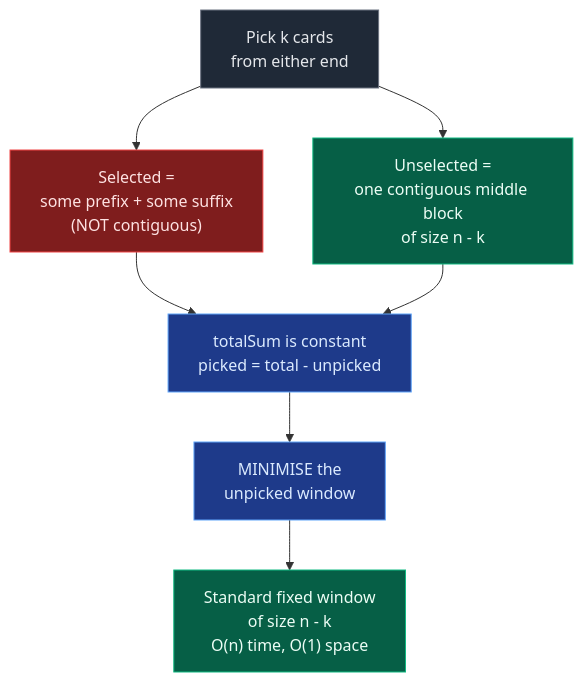
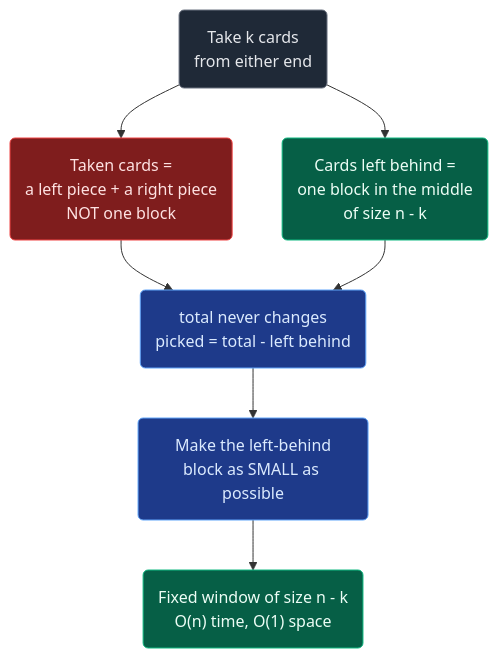
The fourth of 13 diagrams in 04. Sliding window/02. Basic/01. 1423. Maximum Points You Can Obtain from Cards.md (ajay-nikumbh/dsa-notes), drawn with Mermaid before and after one commit. The commit also changed other lines of this file, not shown here.

First line of the commit message:
Sliding Window 02: rewrite 1423 Maximum Points You Can Obtain from Cards

````diff
--- a/04. Sliding window/02. Basic/01. 1423. Maximum Points You Can Obtain from Cards.md
+++ b/04. Sliding window/02. Basic/01. 1423. Maximum Points You Can Obtain from Cards.md
@@ -74,19 +143,19 @@
 ```mermaid
 flowchart TD
-    P["Pick k cards<br/>from either end"]:::prob
-    S["Selected =<br/>some prefix + some suffix<br/>(NOT contiguous)"]:::split
-    U["Unselected =<br/>one contiguous middle block<br/>of size n - k"]:::win
-    T["totalSum is constant<br/>picked = total - unpicked"]:::calc
-    M["MINIMISE the<br/>unpicked window"]:::calc
-    F["Standard fixed window<br/>of size n - k<br/>O(n) time, O(1) space"]:::win
+    P("Take k cards<br/>from either end"):::prob
+    S("Taken cards =<br/>a left piece + a right piece<br/>NOT one block"):::split
+    U("Cards left behind =<br/>one block in the middle<br/>of size n - k"):::win
+    T("total never changes<br/>picked = total - left behind"):::calc
+    M("Make the left-behind<br/>block as SMALL as possible"):::calc
+    F("Fixed window of size n - k<br/>O(n) time, O(1) space"):::win
     P --> S
     P --> U
     S --> T
     U --> T
     T --> M --> F
 
     classDef prob fill:#1f2937,stroke:#6b7280,color:#e5e7eb
     classDef split fill:#7f1d1d,stroke:#ef4444,color:#fee2e2
     classDef win fill:#065f46,stroke:#10b981,color:#ecfdf5
     classDef calc fill:#1e3a8a,stroke:#60a5fa,color:#dbeafe
 ```
````
